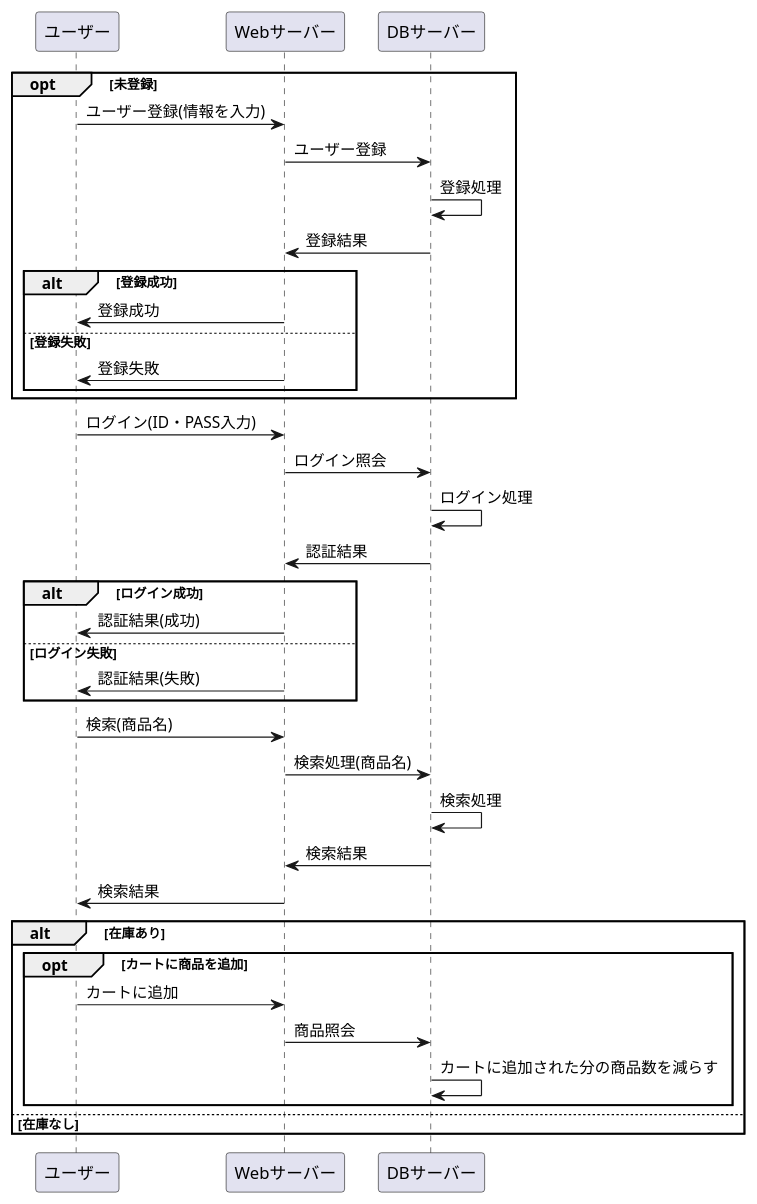
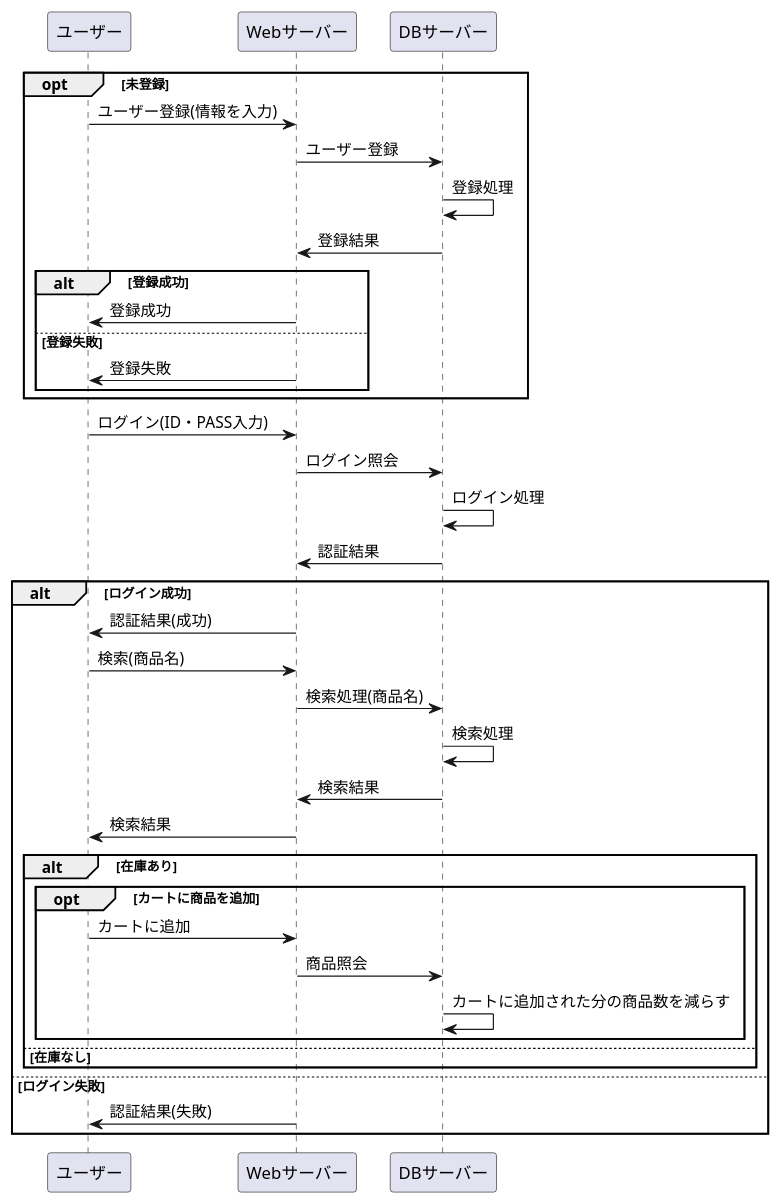
The diagram in sample.md (Aso2001154/2021sys-design), drawn with PlantUML before and after one commit.

````diff
--- a/sample.md
+++ b/sample.md
@@ -1,42 +1,43 @@
 ```uml
 @startuml
 opt 未登録
 ユーザー -> Webサーバー : ユーザー登録(情報を入力)
 Webサーバー -> DBサーバー : ユーザー登録
 DBサーバー -> DBサーバー : 登録処理
 DBサーバー -> Webサーバー : 登録結果
 
 alt 登録成功
 Webサーバー -> ユーザー : 登録成功
 else 登録失敗
 Webサーバー -> ユーザー : 登録失敗
 end
 end
 
 ユーザー -> Webサーバー : ログイン(ID・PASS入力)
 Webサーバー -> DBサーバー : ログイン照会
 DBサーバー -> DBサーバー : ログイン処理
 DBサーバー -> Webサーバー : 認証結果
 
 alt ログイン成功
 Webサーバー -> ユーザー : 認証結果(成功)
-else ログイン失敗
-Webサーバー -> ユーザー : 認証結果(失敗)
-end
+
 
 ユーザー -> Webサーバー : 検索(商品名)
 Webサーバー -> DBサーバー : 検索処理(商品名)
 DBサーバー -> DBサーバー : 検索処理
 DBサーバー -> Webサーバー : 検索結果
 Webサーバー -> ユーザー : 検索結果
 
 alt 在庫あり
 opt カートに商品を追加
 ユーザー -> Webサーバー : カートに追加
 Webサーバー -> DBサーバー : 商品照会
 DBサーバー -> DBサーバー : カートに追加された分の商品数を減らす
 end
 else 在庫なし
 end
+else ログイン失敗
+Webサーバー -> ユーザー : 認証結果(失敗)
+end
 @enduml
 ```
````
